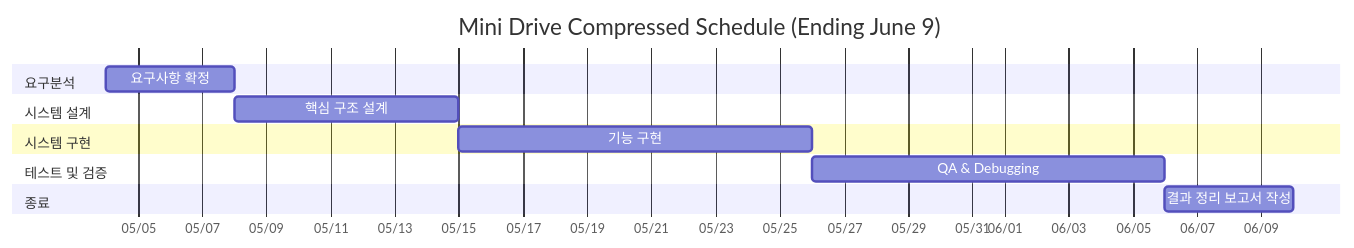
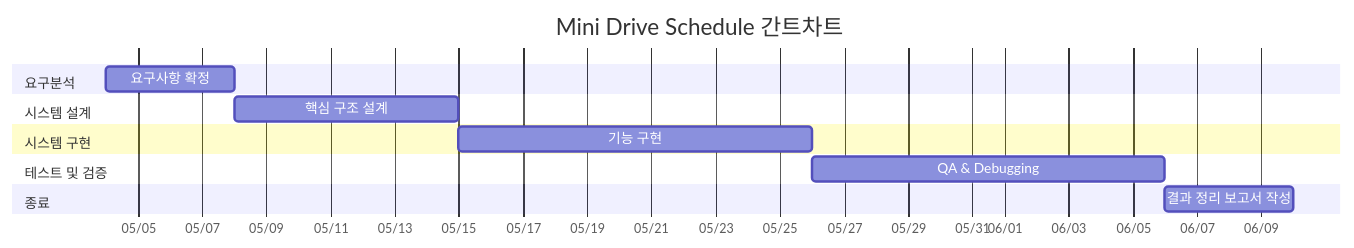
One commit to Anthony0966/SE changed the second of 2 diagrams in doc/pmp.md. Above: the diagram before and after it, drawn with Mermaid.

````diff
--- a/doc/pmp.md
+++ b/doc/pmp.md
@@ -92,21 +92,21 @@
 ```mermaid
 gantt
-    title Mini Drive Compressed Schedule (Ending June 9)
+    title Mini Drive Schedule 간트차트
     dateFormat  YYYY-MM-DD
     axisFormat  %m/%d
     
     section 요구분석
     요구사항 확정           :req, 2026-05-04, 4d
     
     section 시스템 설계
     핵심 구조 설계         :des, after req, 1w
     
     section 시스템 구현
     기능 구현            :imp, after des, 11d
     
     section 테스트 및 검증
     QA & Debugging        :test, after imp, 11d
     
     section 종료
     결과 정리 보고서 작성      :close, after test, 4d
 ```
````
